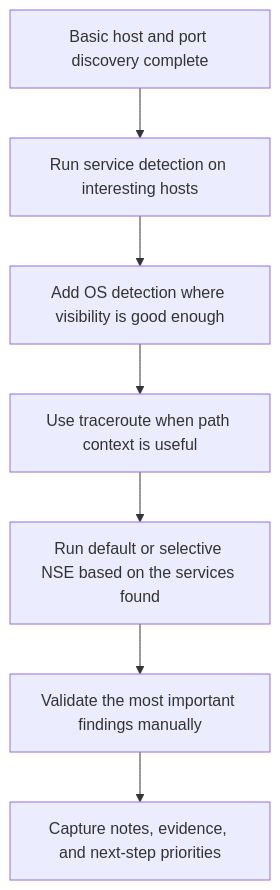
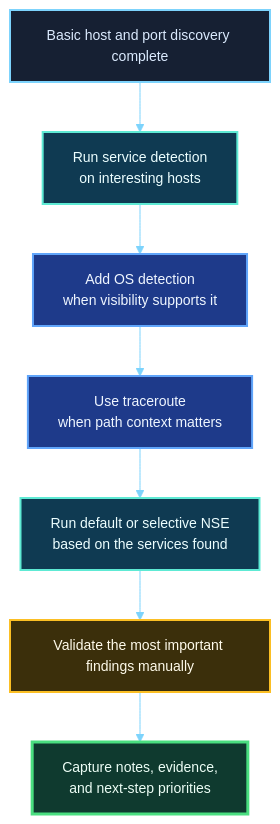
The fourth of 4 diagrams in modules/02-enumeration-using-nmap/lessons/module-02-lesson-2-4-service-detection-os-clues-and-script-assisted-enumeration.md (route2shell/hack-the-basics), drawn with Mermaid before and after one commit. The commit also changed other lines of this file and 9 other files, not shown here.

````diff
--- a/modules/02-enumeration-using-nmap/lessons/module-02-lesson-2-4-service-detection-os-clues-and-script-assisted-enumeration.md
+++ b/modules/02-enumeration-using-nmap/lessons/module-02-lesson-2-4-service-detection-os-clues-and-script-assisted-enumeration.md
@@ -906,9 +938,22 @@
 ```mermaid
+%%{init: {"theme":"base","flowchart":{"curve":"basis","htmlLabels":true},"themeVariables":{"fontSize":"14px","primaryTextColor":"#e5eef8","lineColor":"#7dd3fc","primaryColor":"#0f172a","clusterBkg":"#0b1220","clusterBorder":"#334155"}}}%%
 flowchart TD
-    A[Basic host and port discovery complete] --> B[Run service detection on interesting hosts]
-    B --> C[Add OS detection where visibility is good enough]
-    C --> D[Use traceroute when path context is useful]
-    D --> E[Run default or selective NSE based on the services found]
-    E --> F[Validate the most important findings manually]
-    F --> G[Capture notes, evidence, and next-step priorities]
+    A["Basic host and port discovery complete"] --> B["Run service detection<br/>on interesting hosts"]
+    B --> C["Add OS detection<br/>when visibility supports it"]
+    C --> D["Use traceroute<br/>when path context matters"]
+    D --> E["Run default or selective NSE<br/>based on the services found"]
+    E --> F["Validate the most important findings manually"]
+    F --> G["Capture notes, evidence,<br/>and next-step priorities"]
+
+    classDef start fill:#162033,stroke:#7dd3fc,color:#dbeafe,stroke-width:2px;
+    classDef enrich fill:#0f3a52,stroke:#5eead4,color:#ecfeff,stroke-width:2px;
+    classDef context fill:#1e3a8a,stroke:#60a5fa,color:#eff6ff,stroke-width:2px;
+    classDef decision fill:#3b2f0b,stroke:#fbbf24,color:#fffbeb,stroke-width:2px;
+    classDef artifact fill:#0f3a2f,stroke:#4ade80,color:#ecfdf5,stroke-width:3px;
+
+    class A start;
+    class B,E enrich;
+    class C,D context;
+    class F decision;
+    class G artifact;
 ```
````
